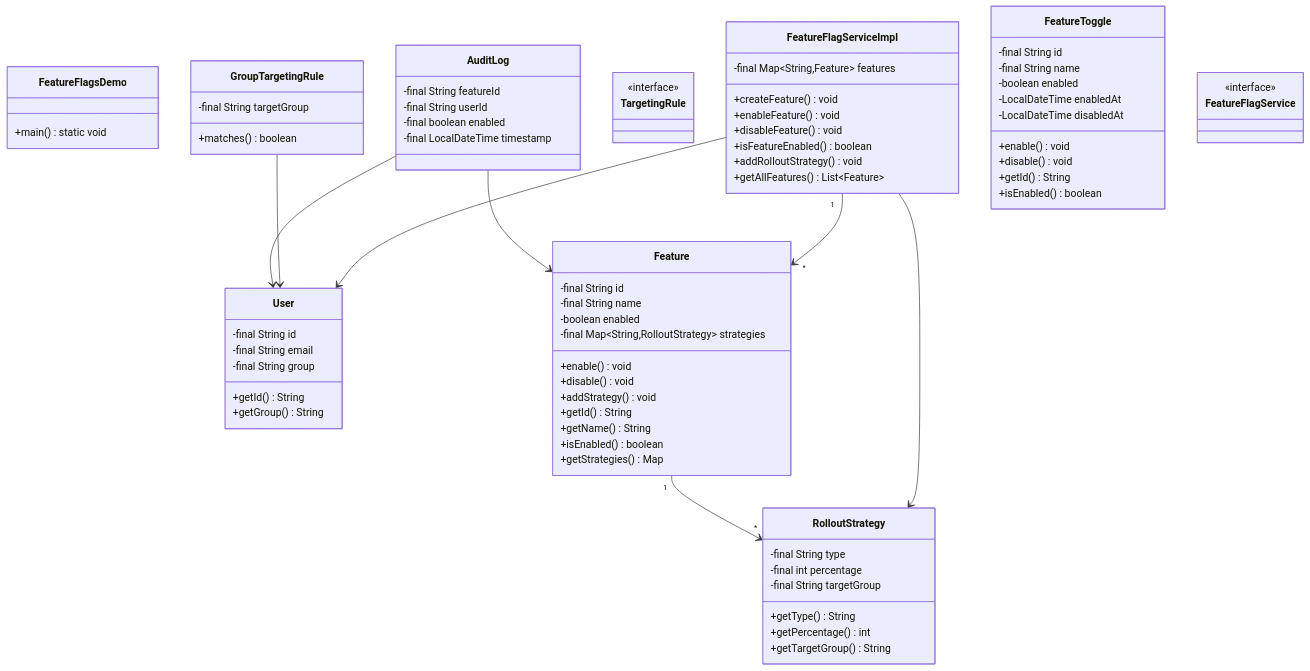
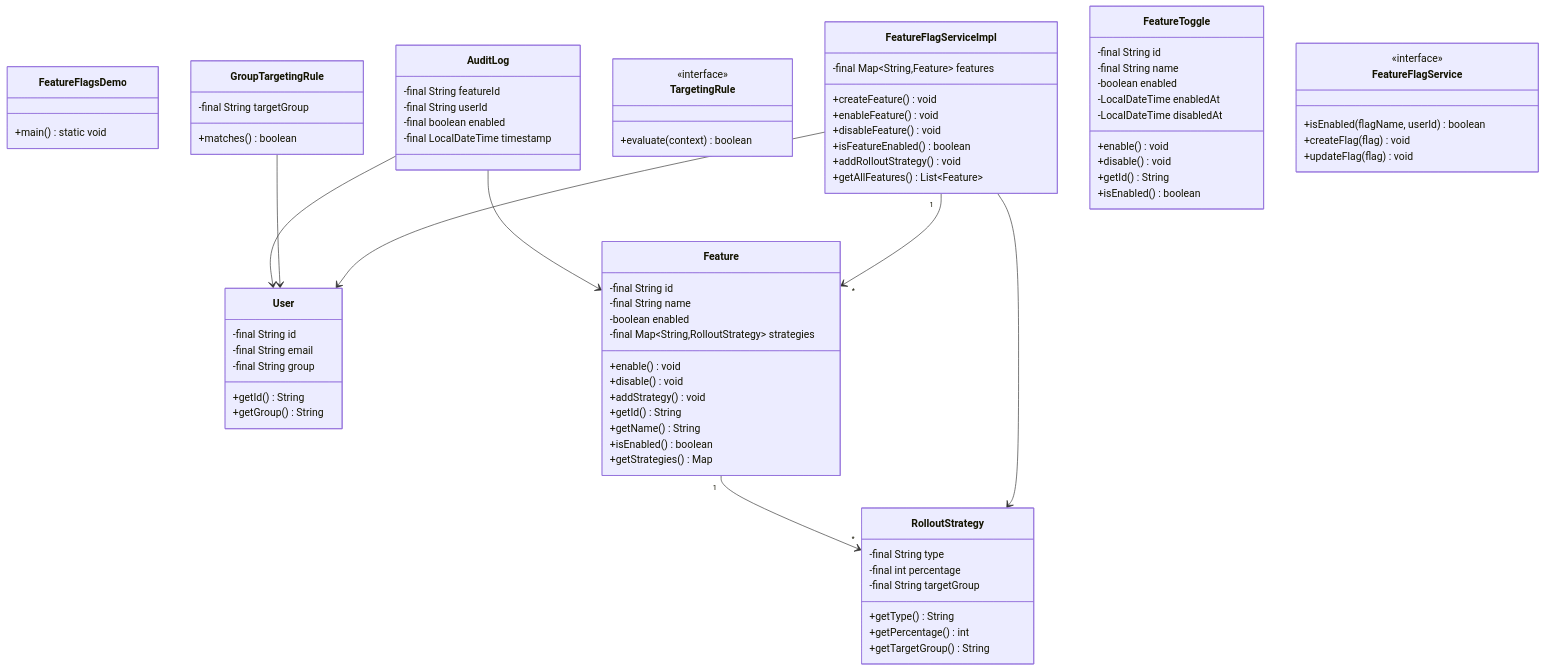
Before and after one commit to dlkr18/lld-playbook: the diagram in docs/problems/featureflags/README.md, drawn with Mermaid. The commit also changed 95 other files, not shown here.

```diff
--- a/docs/problems/featureflags/README.md
+++ b/docs/problems/featureflags/README.md
@@ -98,8 +98,10 @@
         +matches() boolean
     }
 
-    class TargetingRule
-    <<interface>> TargetingRule
+    class TargetingRule {
+        <<interface>>
+        +evaluate(context) boolean
+    }
 
     class AuditLog {
         -final String featureId
@@ -151,8 +153,12 @@
         +isEnabled() boolean
     }
 
-    class FeatureFlagService
-    <<interface>> FeatureFlagService
+    class FeatureFlagService {
+        <<interface>>
+        +isEnabled(flagName, userId) boolean
+        +createFlag(flag) void
+        +updateFlag(flag) void
+    }
 
     AuditLog --> Feature
     AuditLog --> User
```
